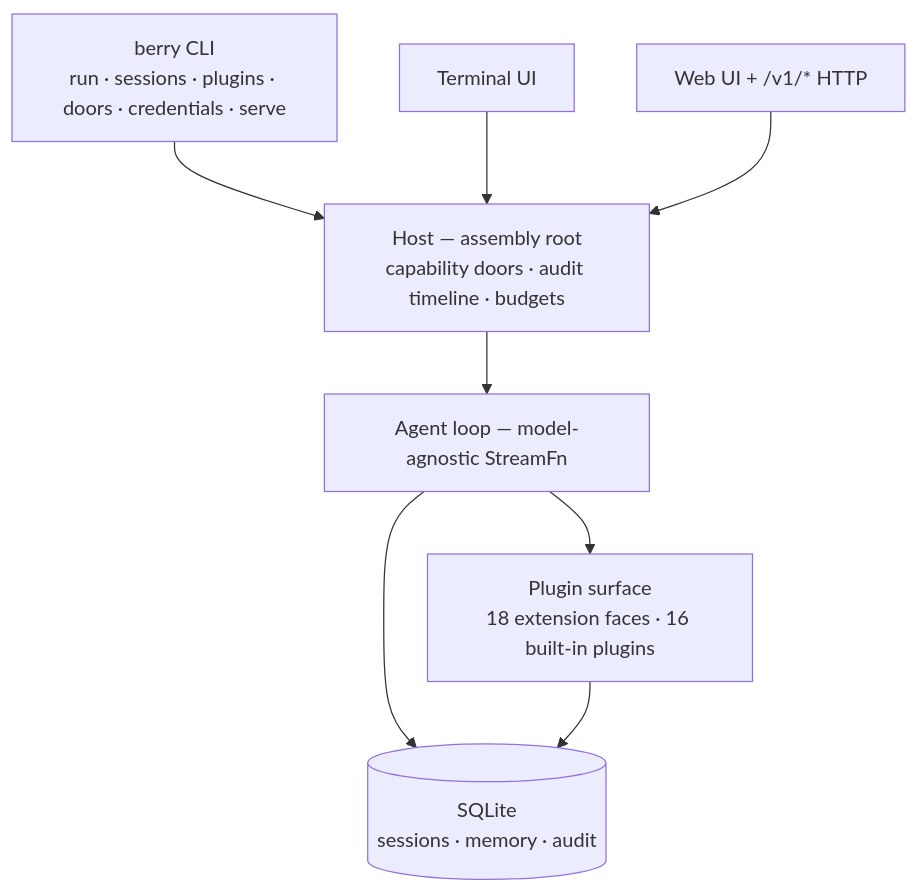
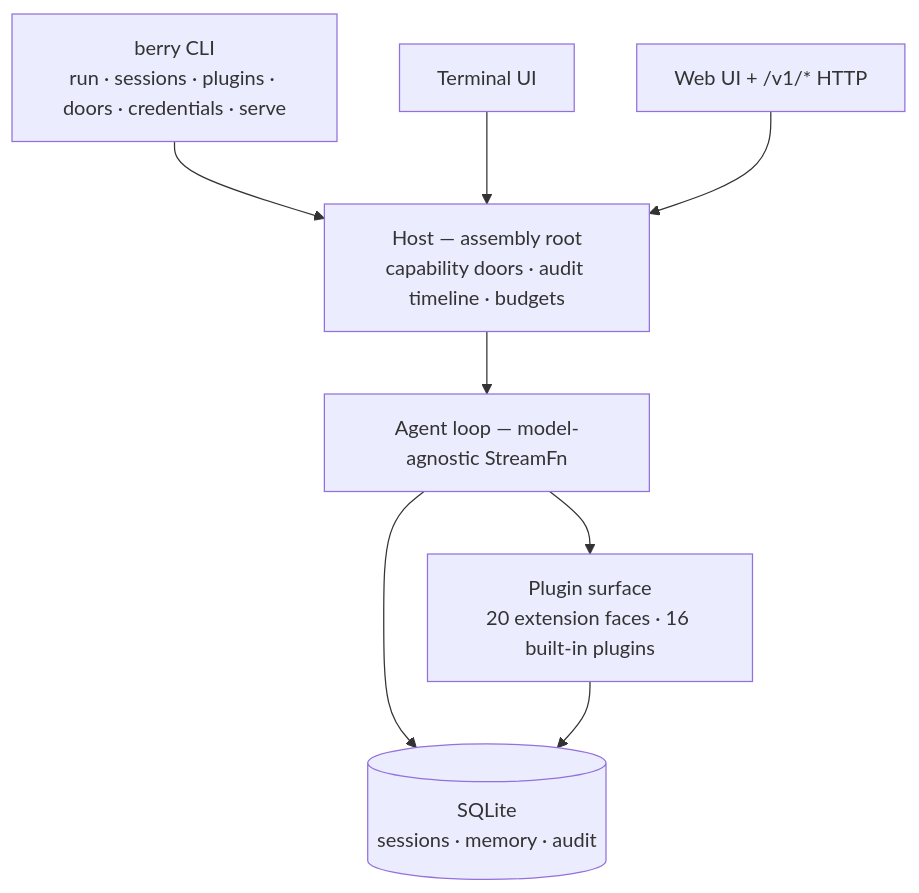
Before and after one commit to miuiadmin/berry-agent: the diagram in README.md, drawn with Mermaid. The commit also changed other lines of this file and 11 other files, not shown here.

````diff
--- a/README.md
+++ b/README.md
@@ -136,17 +136,17 @@
 ```mermaid
 graph TD
     CLI["berry CLI<br/>run · sessions · plugins · doors · credentials · serve"]
     TUI["Terminal UI"]
     WEB["Web UI + /v1/* HTTP"]
     HOST["Host — assembly root<br/>capability doors · audit timeline · budgets"]
     LOOP["Agent loop — model-agnostic StreamFn"]
-    PLUGINS["Plugin surface<br/>18 extension faces · 16 built-in plugins"]
+    PLUGINS["Plugin surface<br/>20 extension faces · 16 built-in plugins"]
     STORE[("SQLite<br/>sessions · memory · audit")]
     CLI --> HOST
     TUI --> HOST
     WEB --> HOST
     HOST --> LOOP
     LOOP --> PLUGINS
     LOOP --> STORE
     PLUGINS --> STORE
 ```
````
